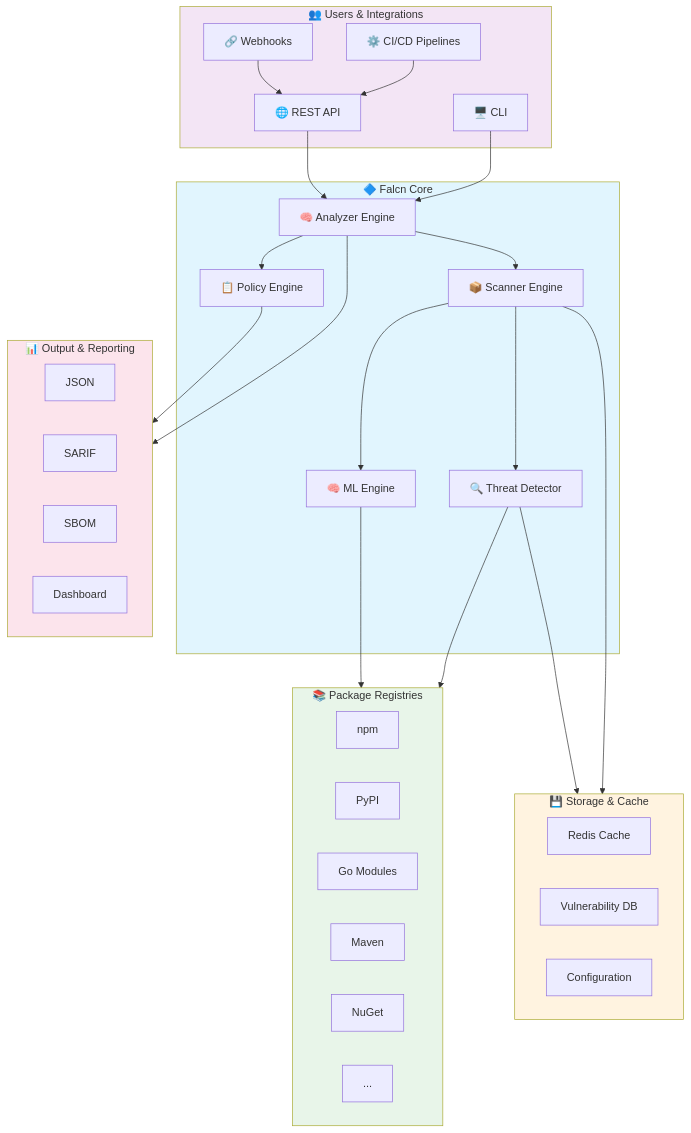
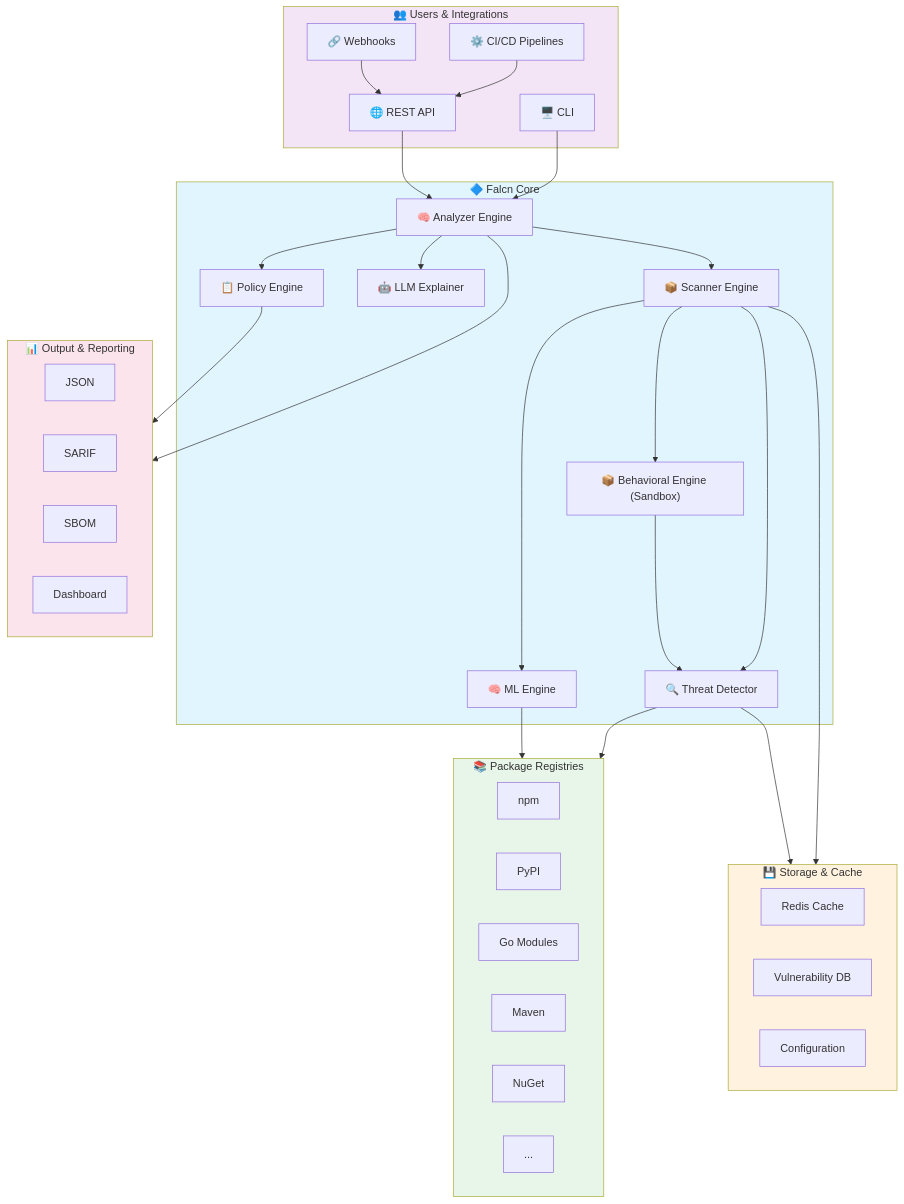
One commit to falcn-io/falcn changed the first of 3 diagrams in docs/ARCHITECTURE.md. Above: the diagram before and after it, drawn with Mermaid. The commit also changed other lines of this file and 27 other files, not shown here.

````diff
--- a/docs/ARCHITECTURE.md
+++ b/docs/ARCHITECTURE.md
@@ -7,65 +7,71 @@
 ```mermaid
 flowchart TB
     subgraph Users["👥 Users & Integrations"]
         CLI["🖥️ CLI"]
         API["🌐 REST API"]
         CICD["⚙️ CI/CD Pipelines"]
         Webhooks["🔗 Webhooks"]
     end
 
     subgraph Core["🔷 Falcn Core"]
         Analyzer["🧠 Analyzer Engine"]
         Scanner["📦 Scanner Engine"]
         Detector["🔍 Threat Detector"]
         ML["🧠 ML Engine"]
+        Behavioral["📦 Behavioral Engine (Sandbox)"]
+        LLM["🤖 LLM Explainer"]
         Policy["📋 Policy Engine"]
     end
 
     subgraph Registries["📚 Package Registries"]
         NPM["npm"]
         PyPI["PyPI"]
         Go["Go Modules"]
         Maven["Maven"]
         NuGet["NuGet"]
         More["..."]
     end
 
     subgraph Storage["💾 Storage & Cache"]
         Redis["Redis Cache"]
         DB["Vulnerability DB"]
         Config["Configuration"]
     end
 
     subgraph Output["📊 Output & Reporting"]
         JSON["JSON"]
         SARIF["SARIF"]
         SBOM["SBOM"]
         Dashboard["Dashboard"]
     end
 
     CLI --> Analyzer
     API --> Analyzer
     CICD --> API
     Webhooks --> API
 
     Analyzer --> Scanner
     Analyzer --> Policy
     
     Scanner --> Detector
     Scanner --> ML
+    Scanner --> Behavioral
+    
+    Behavioral --> Detector
     
     Detector --> Registries
     ML --> Registries
     
     Scanner --> Storage
     Detector --> Storage
     
+    Analyzer --> LLM
     Analyzer --> Output
     Policy --> Output
 
     style Core fill:#e1f5fe
     style Users fill:#f3e5f5
     style Registries fill:#e8f5e9
     style Storage fill:#fff3e0
     style Output fill:#fce4ec
 ```
````
